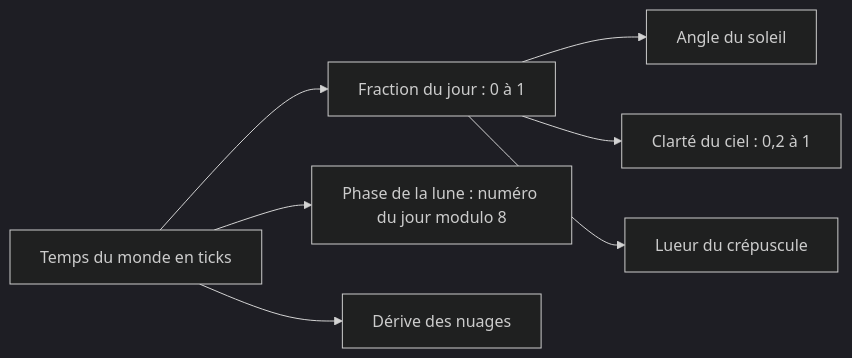
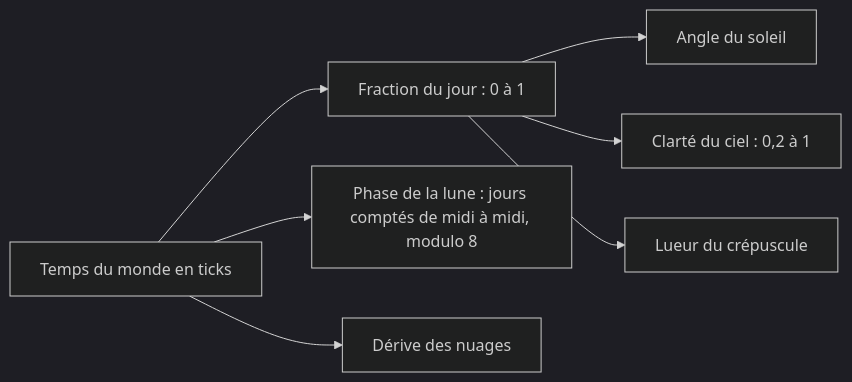
The diagram in docs/explications/jour-nuit-et-ciel.md (SinfulDice/strata-mundi), drawn with Mermaid (dark theme) before and after one commit. The commit also changed other lines of this file and 15 other files, not shown here.

````diff
--- a/docs/explications/jour-nuit-et-ciel.md
+++ b/docs/explications/jour-nuit-et-ciel.md
@@ -15,9 +15,9 @@
 ```mermaid
 graph LR
     T[Temps du monde en ticks] --> F[Fraction du jour : 0 à 1]
     F --> S[Angle du soleil]
     F --> L[Clarté du ciel : 0,2 à 1]
     F --> G[Lueur du crépuscule]
-    T --> P[Phase de la lune : numéro du jour modulo 8]
+    T --> P[Phase de la lune : jours comptés de midi à midi, modulo 8]
     T --> N[Dérive des nuages]
 ```
````
